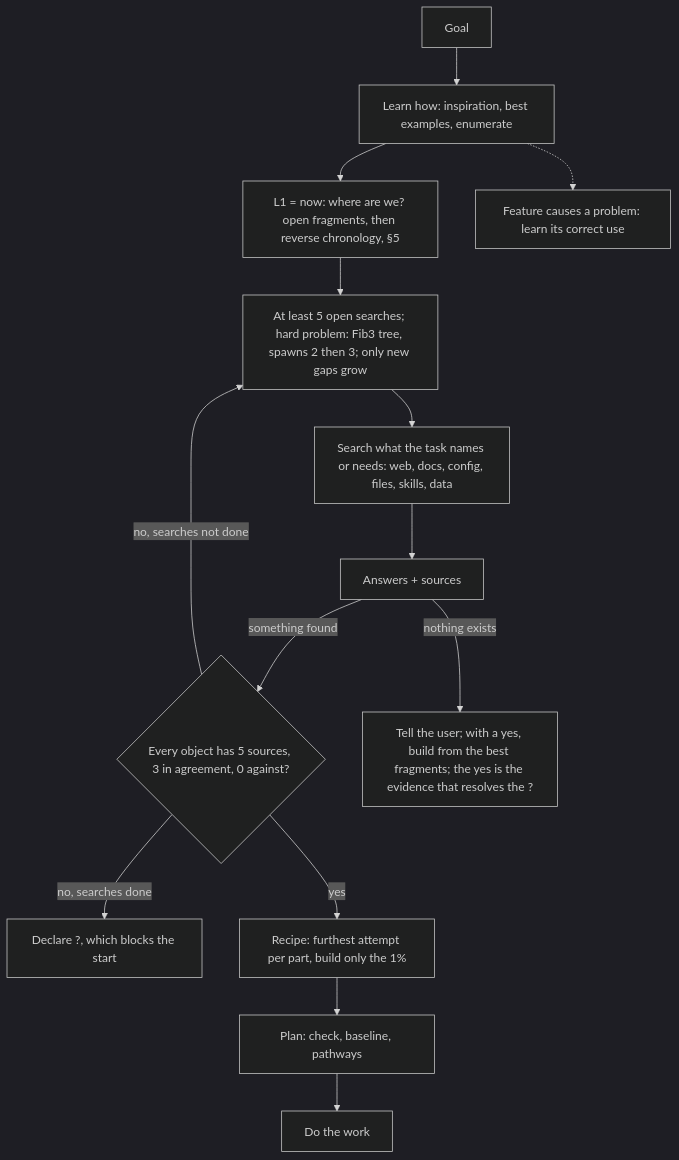
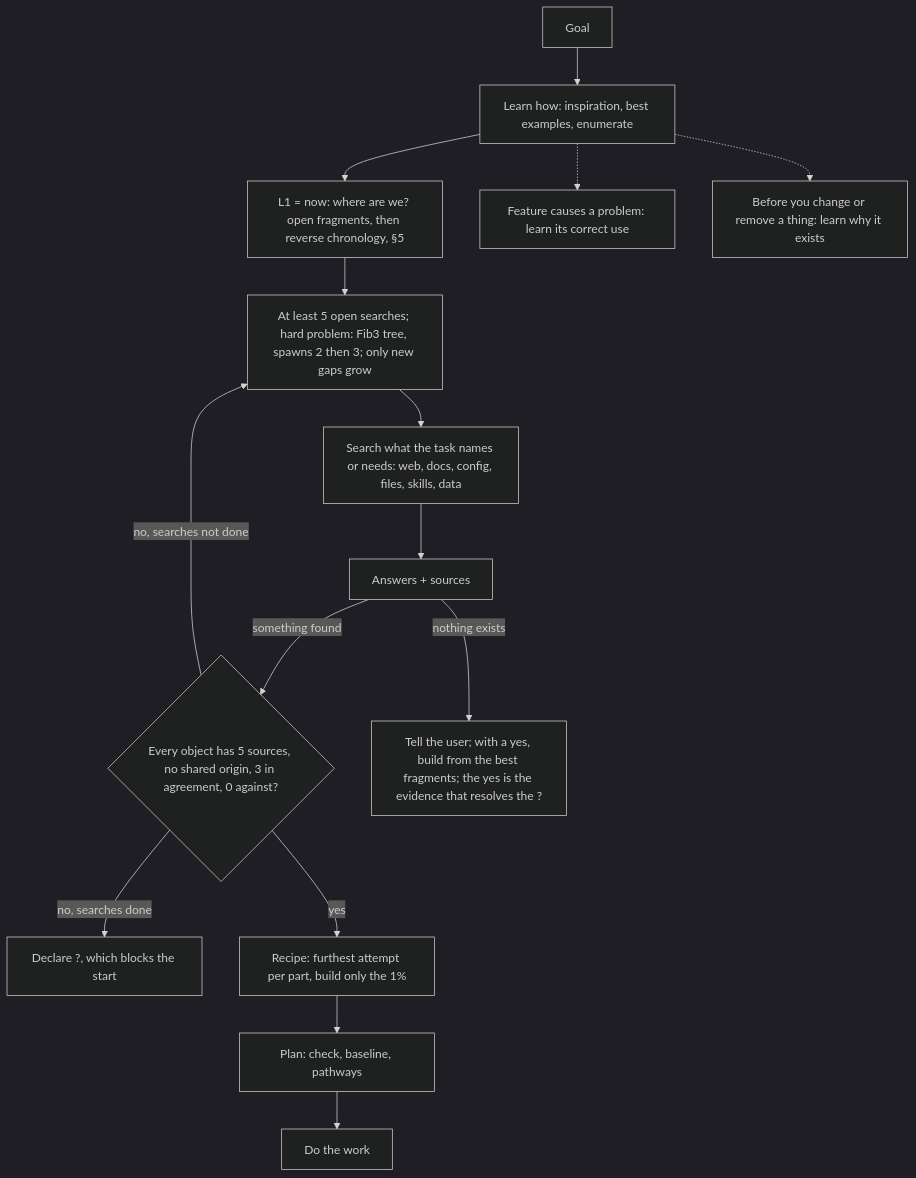
The fourth of 14 diagrams in AGENTS.md (SolenixAI/arbiter), drawn with Mermaid (dark theme) before and after one commit. The commit also changed other lines of this file, not shown here.

Commit message:
docs(agents): section 3: learn why a thing exists before you change it; sources with no shared origin

````diff
--- a/AGENTS.md
+++ b/AGENTS.md
@@ -190,10 +191,11 @@
 ```mermaid
 flowchart TD
   G[Goal] --> L[Learn how: inspiration, best examples, enumerate] --> F1["L1 = now: where are we? open fragments, then reverse chronology, §5"] --> Q["At least 5 open searches; hard problem: Fib3 tree, spawns 2 then 3; only new gaps grow"] --> S[Search what the task names or needs: web, docs, config, files, skills, data]
-  S --> A[Answers + sources] -->|something found| N{Every object has 5 sources, 3 in agreement, 0 against?}
+  S --> A[Answers + sources] -->|something found| N{Every object has 5 sources, no shared origin, 3 in agreement, 0 against?}
   N -->|no, searches not done| Q
   N -->|no, searches done| X3["Declare ?, which blocks the start"]
   N -->|yes| R[Recipe: furthest attempt per part, build only the 1%] --> P[Plan: check, baseline, pathways] --> B[Do the work]
   A -->|nothing exists| U["Tell the user; with a yes, build from the best fragments; the yes is the evidence that resolves the ?"]
   L -.-> NB[Feature causes a problem: learn its correct use]
+  L -.-> CF[Before you change or remove a thing: learn why it exists]
 ```
````
